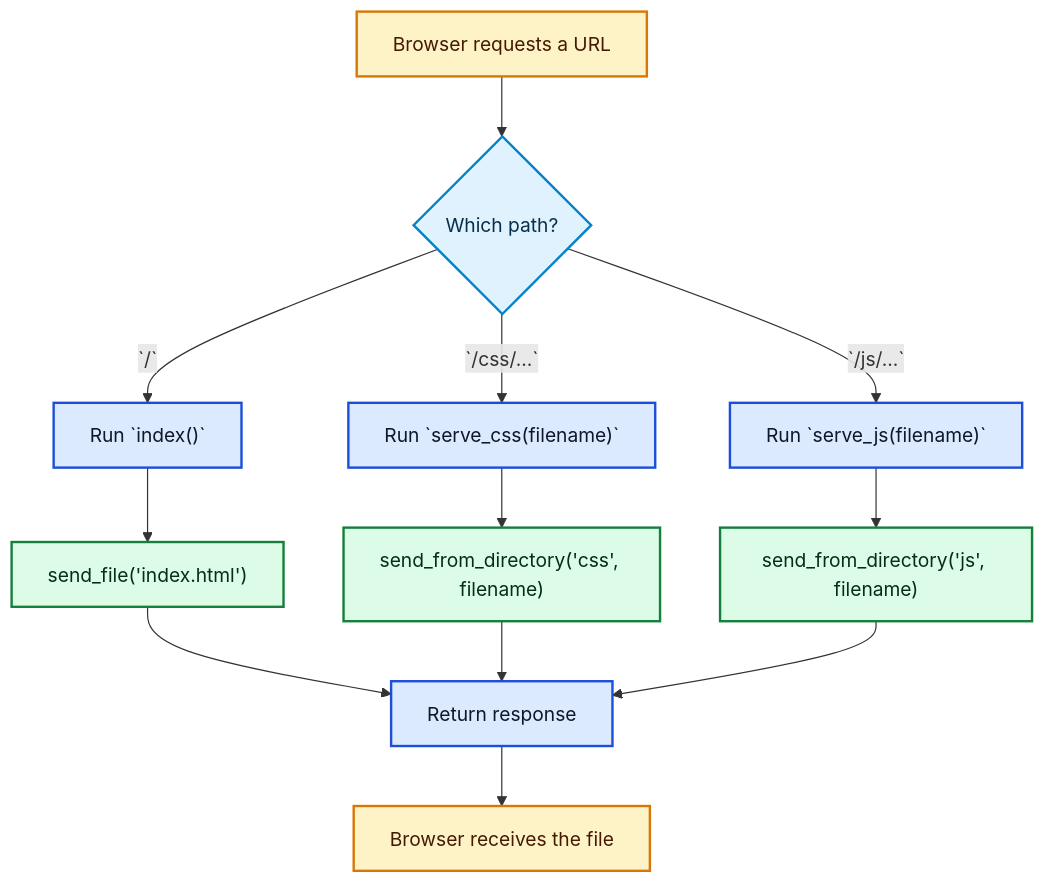
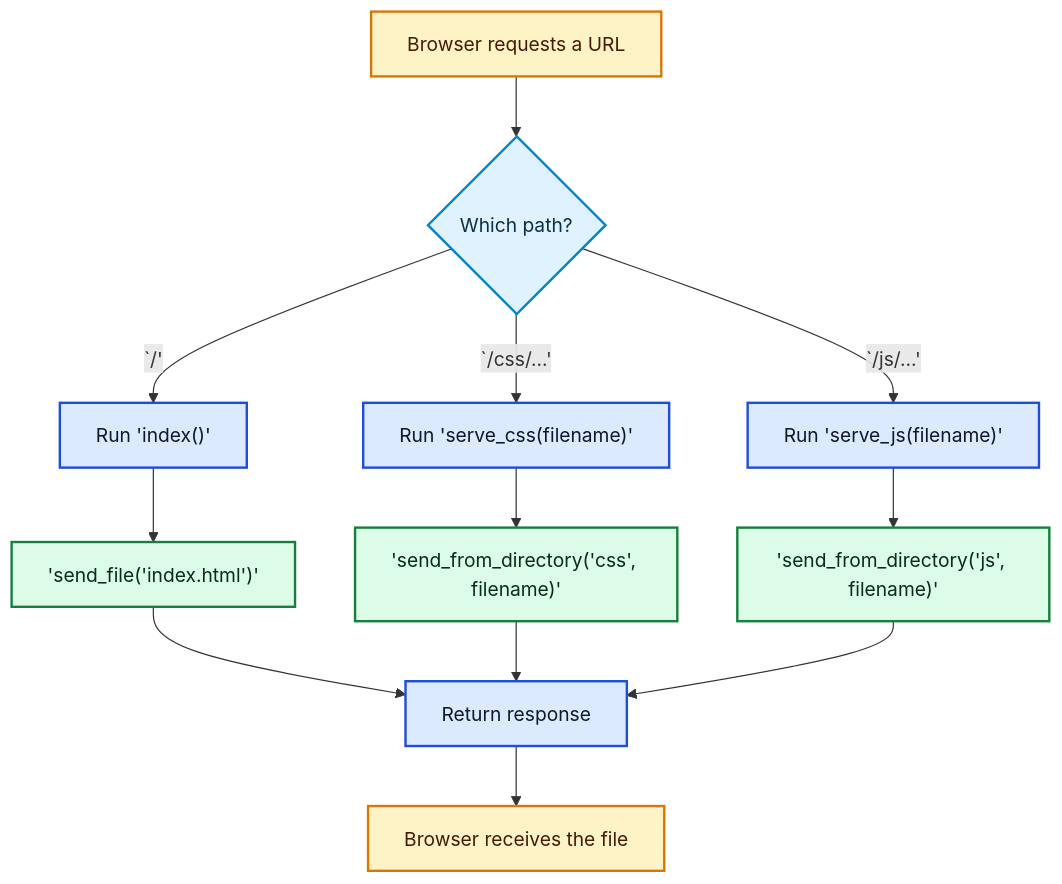
Before and after one commit to zxcvryo/Oops-Later-Codebase: the third of 43 diagrams in README.md, drawn with Mermaid. The commit also changed other lines of this file, not shown here.

````diff
--- a/README.md
+++ b/README.md
@@ -1284,19 +1284,19 @@
 ```mermaid
 flowchart TD
     A["Browser requests a URL"]:::browser --> B{"Which path?"}:::decision
-    B -->|`/`| C["Run `index()`"]:::python
-    B -->|`/css/...`| D["Run `serve_css(filename)`"]:::python
-    B -->|`/js/...`| E["Run `serve_js(filename)`"]:::python
-    C --> F["`send_file('index.html')`"]:::server
-    D --> G["`send_from_directory('css', filename)`"]:::server
-    E --> H["`send_from_directory('js', filename)`"]:::server
+    B -->|`/'| C["Run 'index()'"]:::python
+    B -->|`/css/...'| D["Run 'serve_css(filename)'"]:::python
+    B -->|`/js/...'| E["Run 'serve_js(filename)'"]:::python
+    C --> F["'send_file('index.html')'"]:::server
+    D --> G["'send_from_directory('css', filename)'"]:::server
+    E --> H["'send_from_directory('js', filename)'"]:::server
     F --> I["Return response"]:::python
     G --> I
     H --> I
     I --> J["Browser receives the file"]:::browser
 
     classDef browser fill:#fef3c7,stroke:#d97706,color:#451a03,stroke-width:2px;
     classDef decision fill:#e0f2fe,stroke:#0284c7,color:#082f49,stroke-width:2px;
     classDef python fill:#dbeafe,stroke:#1d4ed8,color:#0f172a,stroke-width:2px;
     classDef server fill:#dcfce7,stroke:#15803d,color:#052e16,stroke-width:2px;
 ```
````
